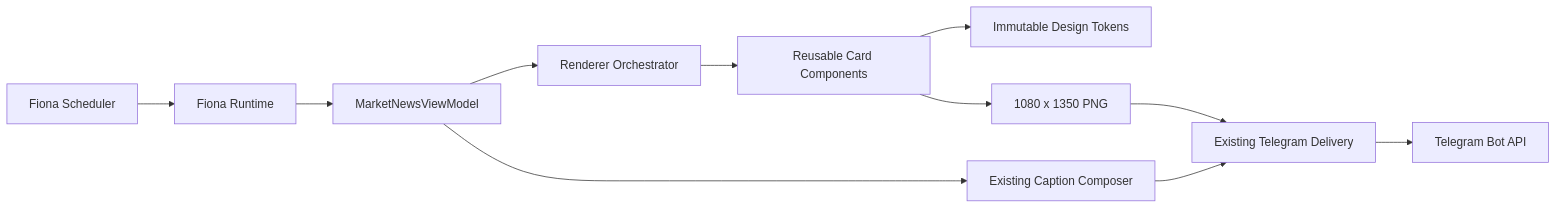
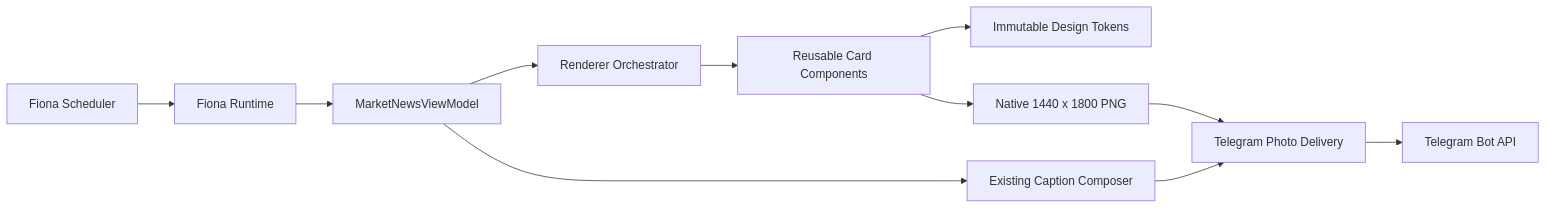
Before and after one commit to wilsonchin-gif/fiona-intelligence-system: the first of 3 diagrams in docs/v3/FIONA_ARCHITECTURE_SNAPSHOT_V3.md, drawn with Mermaid. The commit also changed other lines of this file and 13 other files, not shown here.

Commit message:
Close Fiona V3.1 Gate 1 native photo and en-US

````diff
--- a/docs/v3/FIONA_ARCHITECTURE_SNAPSHOT_V3.md
+++ b/docs/v3/FIONA_ARCHITECTURE_SNAPSHOT_V3.md
@@ -10,13 +10,13 @@
 ```mermaid
 flowchart LR
     Scheduler["Fiona Scheduler"] --> Runtime["Fiona Runtime"]
     Runtime --> ViewModel["MarketNewsViewModel"]
     ViewModel --> Renderer["Renderer Orchestrator"]
     Renderer --> Components["Reusable Card Components"]
     Components --> Tokens["Immutable Design Tokens"]
     ViewModel --> Caption["Existing Caption Composer"]
-    Components --> PNG["1080 x 1350 PNG"]
-    PNG --> Delivery["Existing Telegram Delivery"]
+    Components --> PNG["Native 1440 x 1800 PNG"]
+    PNG --> Delivery["Telegram Photo Delivery"]
     Caption --> Delivery
     Delivery --> API["Telegram Bot API"]
 ```
````
